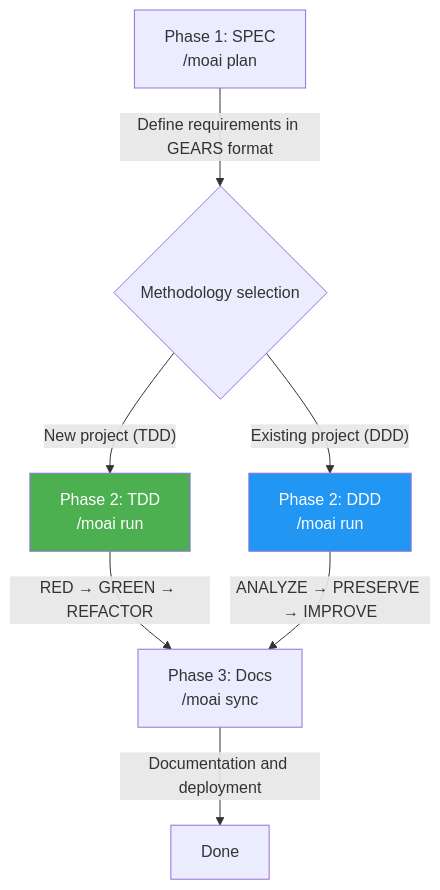
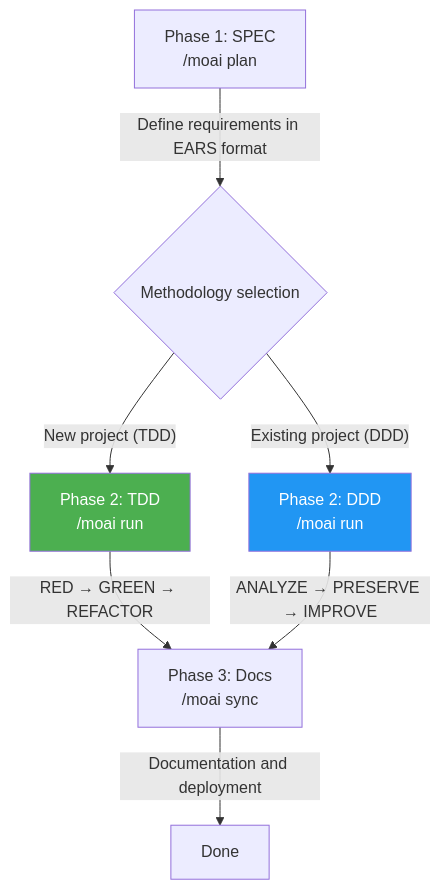
Before and after one commit to modu-ai/moai-adk: the second of 2 diagrams in docs-site/content/en/getting-started/introduction.md, drawn with Mermaid. The commit also changed other lines of this file and 198 other files, not shown here.

````diff
--- a/docs-site/content/en/getting-started/introduction.md
+++ b/docs-site/content/en/getting-started/introduction.md
@@ -213,12 +213,12 @@
 ```mermaid
 flowchart TD
-    A["Phase 1: SPEC<br/>/moai plan"] -->|"Define requirements in GEARS format"| B{"Methodology selection"}
+    A["Phase 1: SPEC<br/>/moai plan"] -->|"Define requirements in EARS format"| B{"Methodology selection"}
     B -->|"New project (TDD)"| C["Phase 2: TDD<br/>/moai run"]
     B -->|"Existing project (DDD)"| D["Phase 2: DDD<br/>/moai run"]
     C -->|"RED → GREEN → REFACTOR"| E["Phase 3: Docs<br/>/moai sync"]
     D -->|"ANALYZE → PRESERVE → IMPROVE"| E
     E -->|"Documentation and deployment"| F["Done"]
 
     style C fill:#4CAF50,color:#fff
     style D fill:#2196F3,color:#fff
 ```
````
